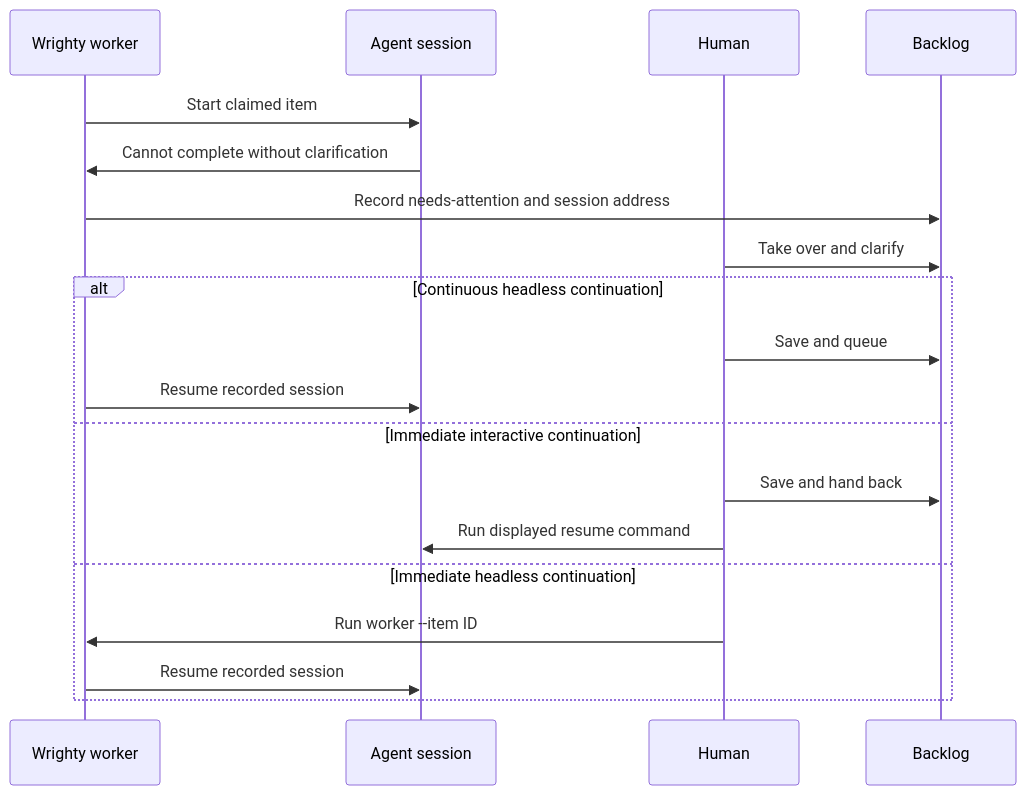
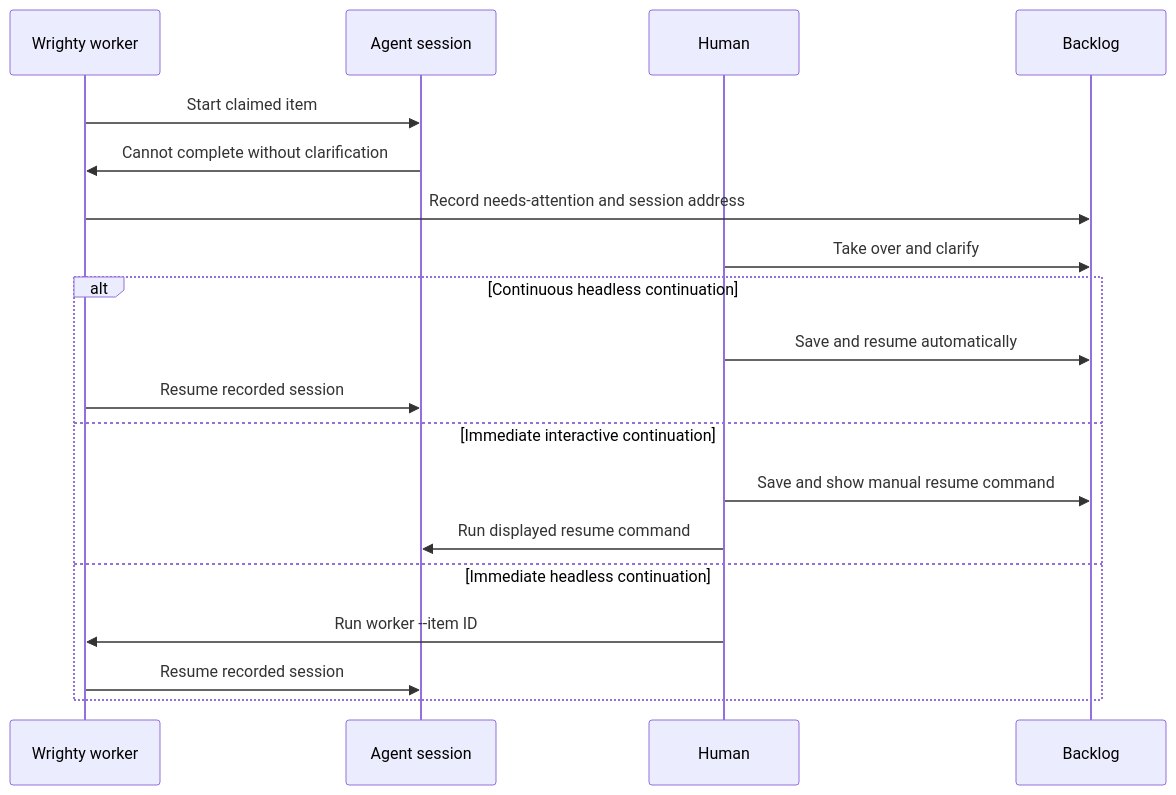
Before and after one commit to highbyte/wrighty: the third of 3 diagrams in docs/workflows.md, drawn with Mermaid. The commit also changed other lines of this file and 26 other files, not shown here.

````diff
--- a/docs/workflows.md
+++ b/docs/workflows.md
@@ -332,22 +332,22 @@
 ```mermaid
 sequenceDiagram
     participant W as Wrighty worker
     participant A as Agent session
     participant H as Human
     participant B as Backlog
 
     W->>A: Start claimed item
     A->>W: Cannot complete without clarification
     W->>B: Record needs-attention and session address
     H->>B: Take over and clarify
     alt Continuous headless continuation
-        H->>B: Save and queue
+        H->>B: Save and resume automatically
         W->>A: Resume recorded session
     else Immediate interactive continuation
-        H->>B: Save and hand back
+        H->>B: Save and show manual resume command
         H->>A: Run displayed resume command
     else Immediate headless continuation
         H->>W: Run worker --item ID
         W->>A: Resume recorded session
     end
 ```
````
